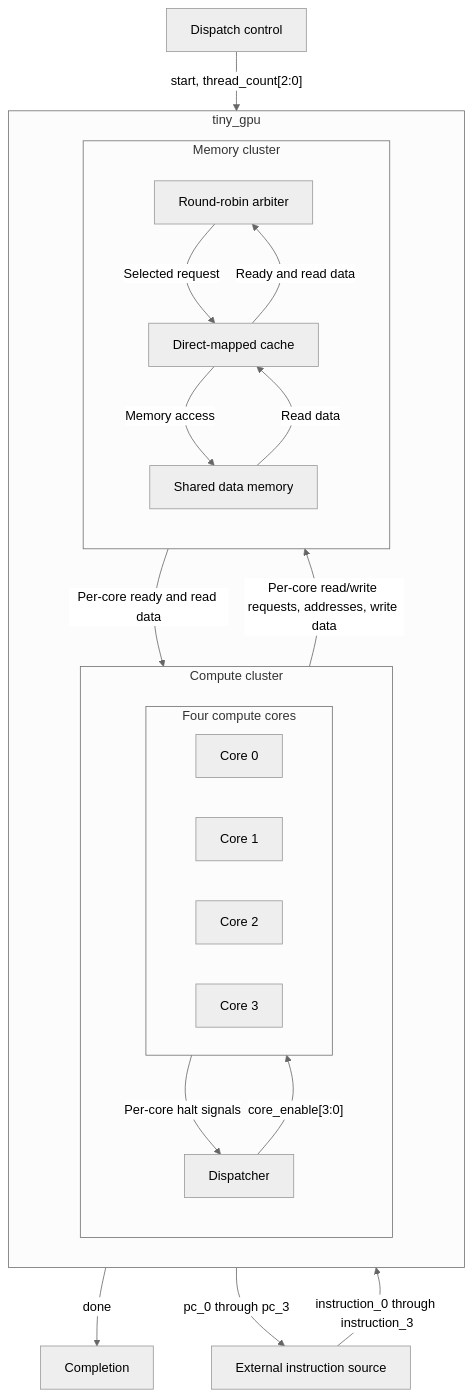
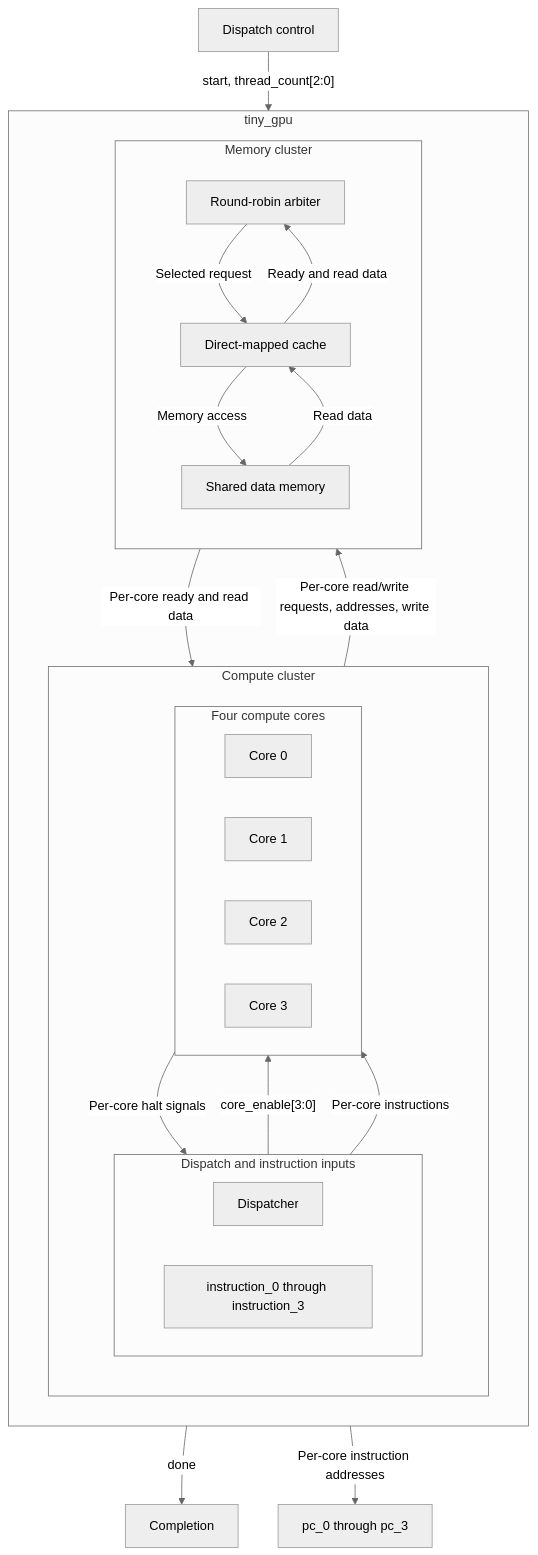
One commit to J0S321/Tiny-GPU-Verilog changed the diagram in README.md. Above: the diagram before and after it, drawn with Mermaid (neutral theme). The commit also changed other lines of this file, not shown here.

Commit message:
Clarify Tiny GPU implementation and verification status

````diff
--- a/README.md
+++ b/README.md
@@ -27,45 +27,49 @@
 ```mermaid
 flowchart TB
     CTRL["Dispatch control"]
-    I["External instruction source"]
 
     subgraph GPU["tiny_gpu"]
         direction TB
 
         subgraph CC["Compute cluster"]
             direction TB
-            D["Dispatcher"]
+
+            subgraph TOP["Dispatch and instruction inputs"]
+                direction LR
+                D["Dispatcher"]
+                I["instruction_0 through instruction_3"]
+            end
 
             subgraph CORES["Four compute cores"]
                 direction LR
                 C0["Core 0"]
                 C1["Core 1"]
                 C2["Core 2"]
                 C3["Core 3"]
             end
 
             D -->|"core_enable[3:0]"| CORES
+            I -->|"Per-core instructions"| CORES
             CORES -->|"Per-core halt signals"| D
         end
 
         subgraph MC["Memory cluster"]
             direction TB
             A["Round-robin arbiter"]
             K["Direct-mapped cache"]
             M["Shared data memory"]
 
             A -->|"Selected request"| K
             K -->|"Ready and read data"| A
             K -->|"Memory access"| M
             M -->|"Read data"| K
         end
 
         CORES -->|"Per-core read/write requests, addresses, write data"| A
         A -->|"Per-core ready and read data"| CORES
     end
 
     CTRL -->|"start, thread_count[2:0]"| D
     D -->|"done"| DONE["Completion"]
-    I -->|"instruction_0 through instruction_3"| CORES
-    CORES -->|"pc_0 through pc_3"| I
+    CORES -->|"Per-core instruction addresses"| PCOUT["pc_0 through pc_3"]
 ```
````
